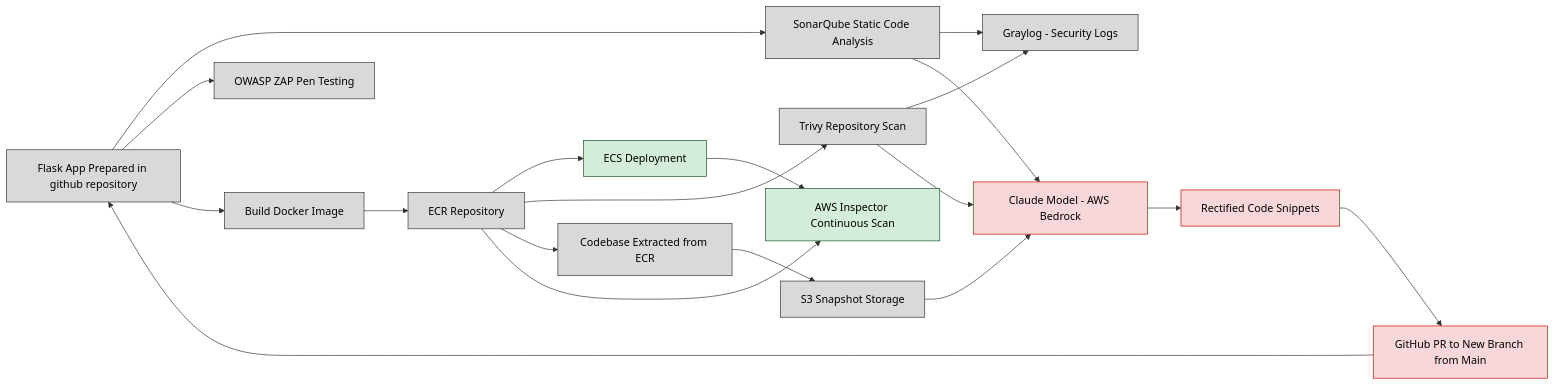
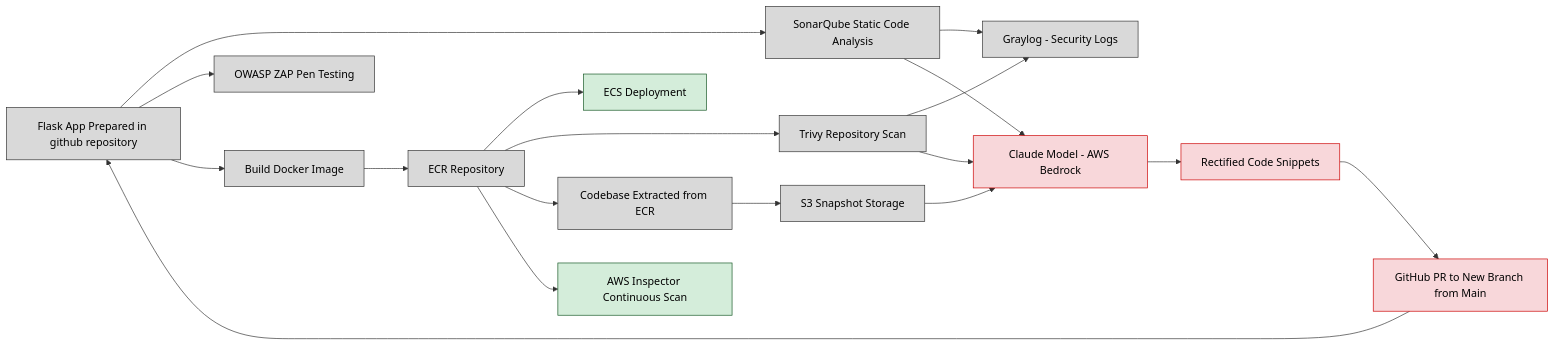
The diagram in README.md (devjoshi2005/DevSecOps-Container-Remediation-Project), drawn with Mermaid before and after one commit.

````diff
--- a/README.md
+++ b/README.md
@@ -10,33 +10,32 @@
 ```mermaid
 flowchart LR
     %% Pre-remediation (light gray/blackish)
     A[Flask App Prepared in github repository]:::pre --> B[SonarQube Static Code Analysis]:::pre
     A --> C[OWASP ZAP Pen Testing]:::pre
     A --> D[Build Docker Image]:::pre
     D --> E[ECR Repository]:::pre
     E --> F[ECS Deployment]:::post
 
     %% Security scans
     E --> G[Trivy Repository Scan]:::pre
     G --> H[Graylog - Security Logs]:::pre
     B --> H
     E --> I[Codebase Extracted from ECR]:::pre
     I --> J[S3 Snapshot Storage]:::pre
 
     %% Remediation (red)
     J --> K[Claude Model - AWS Bedrock]:::rem
     B --> K
     G --> K
     K --> L[Rectified Code Snippets]:::rem
     L --> M[GitHub PR to New Branch from Main]:::rem
     M --> A
     %% Post-remediation (green)
     E --> N[AWS Inspector Continuous Scan]:::post
-    F --> N
 
     %% Styles
     classDef pre fill:#d9d9d9,stroke:#333,stroke-width:1px,color:#000;
     classDef rem fill:#f8d7da,stroke:#c00,stroke-width:1px,color:#000;
     classDef post fill:#d4edda,stroke:#155724,stroke-width:1px,color:#000;
 
 ```
````
